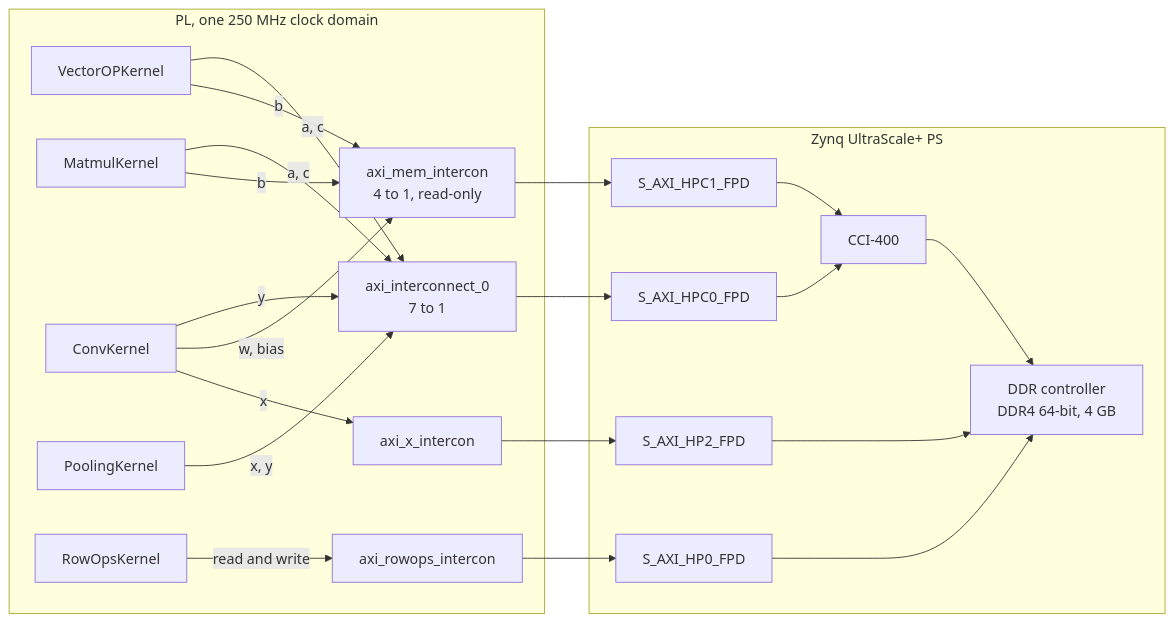
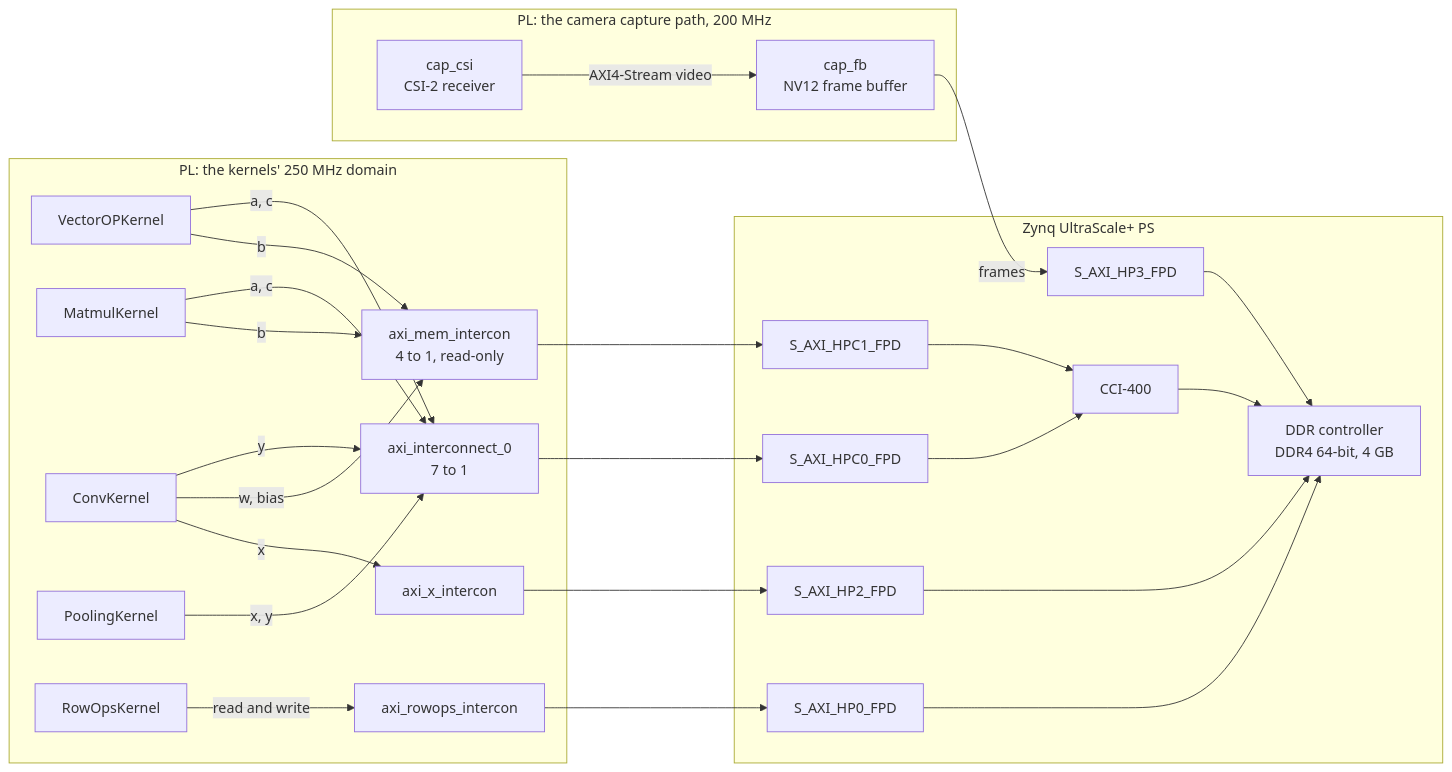
One commit to phoenix367/cormorant changed the first of 8 diagrams in doc/ARCHITECTURE.md. Above: the diagram before and after it, drawn with Mermaid. The commit also changed other lines of this file and 2 other files, not shown here.

````diff
--- a/doc/ARCHITECTURE.md
+++ b/doc/ARCHITECTURE.md
@@ -132,36 +142,44 @@
 ```mermaid
 flowchart LR
-  subgraph PL["PL, one 250 MHz clock domain"]
+  subgraph PL["PL: the kernels' 250 MHz domain"]
     VO["VectorOPKernel"]
     MM["MatmulKernel"]
     CV["ConvKernel"]
     PO["PoolingKernel"]
     RO["RowOpsKernel"]
     IC0["axi_interconnect_0<br/>7 to 1"]
     MEMI["axi_mem_intercon<br/>4 to 1, read-only"]
     XI["axi_x_intercon"]
     ROI["axi_rowops_intercon"]
   end
+  subgraph CAP["PL: the camera capture path, 200 MHz"]
+    CSI["cap_csi<br/>CSI-2 receiver"]
+    FB["cap_fb<br/>NV12 frame buffer"]
+  end
   subgraph PS["Zynq UltraScale+ PS"]
     HPC0["S_AXI_HPC0_FPD"]
     HPC1["S_AXI_HPC1_FPD"]
     HP2["S_AXI_HP2_FPD"]
     HP0["S_AXI_HP0_FPD"]
+    HP3["S_AXI_HP3_FPD"]
     CCI["CCI-400"]
     DDRC["DDR controller<br/>DDR4 64-bit, 4 GB"]
   end
   VO -->|"a, c"| IC0
   MM -->|"a, c"| IC0
   CV -->|"y"| IC0
   PO -->|"x, y"| IC0
   VO -->|"b"| MEMI
   MM -->|"b"| MEMI
   CV -->|"w, bias"| MEMI
   CV -->|"x"| XI
   RO -->|"read and write"| ROI
+  CSI -->|"AXI4-Stream video"| FB
+  FB -->|"frames"| HP3
   IC0 --> HPC0 --> CCI
   MEMI --> HPC1 --> CCI
   XI --> HP2 --> DDRC
   ROI --> HP0 --> DDRC
+  HP3 --> DDRC
   CCI --> DDRC
 ```
````
